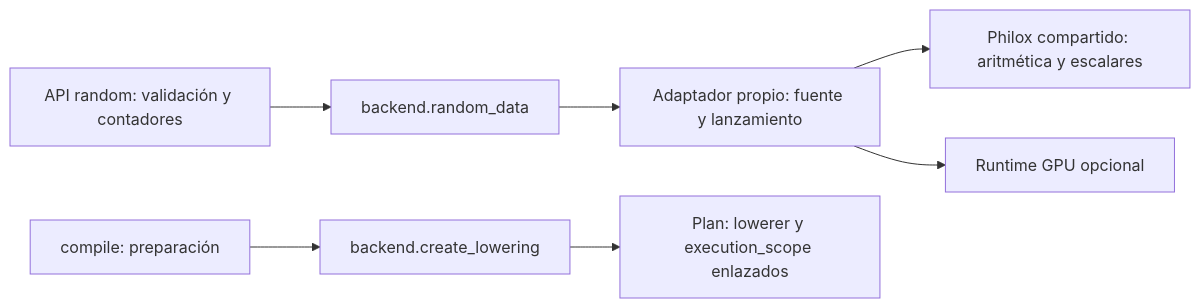
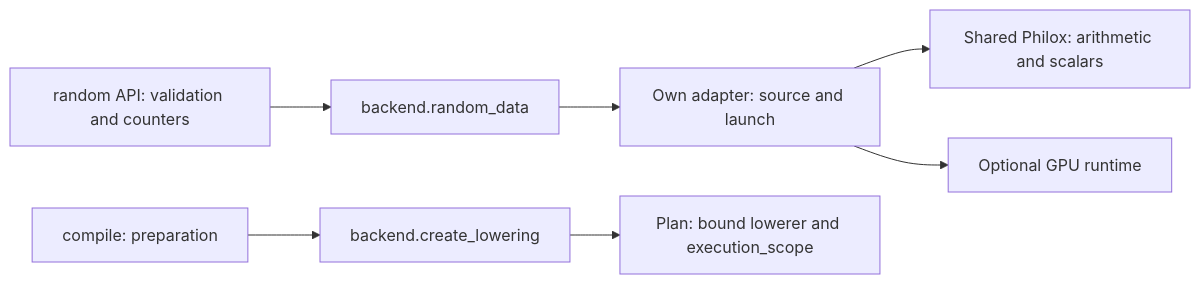
One commit to diegoxfx/open-pacho changed the diagram in docs/routing-completion-results.md. Above: the diagram before and after it, drawn with Mermaid. The commit also changed other lines of this file and 58 other files, not shown here.

````diff
--- a/docs/routing-completion-results.md
+++ b/docs/routing-completion-results.md
@@ -18,9 +18,9 @@
 ```mermaid
 flowchart LR
-    F[API random: validación y contadores] --> B[backend.random_data]
-    B --> A[Adaptador propio: fuente y lanzamiento]
-    A --> S[Philox compartido: aritmética y escalares]
-    A --> G[Runtime GPU opcional]
-    C[compile: preparación] --> L[backend.create_lowering]
-    L --> P[Plan: lowerer y execution_scope enlazados]
+    F[random API: validation and counters] --> B[backend.random_data]
+    B --> A[Own adapter: source and launch]
+    A --> S[Shared Philox: arithmetic and scalars]
+    A --> G[Optional GPU runtime]
+    C[compile: preparation] --> L[backend.create_lowering]
+    L --> P[Plan: bound lowerer and execution_scope]
 ```
````
